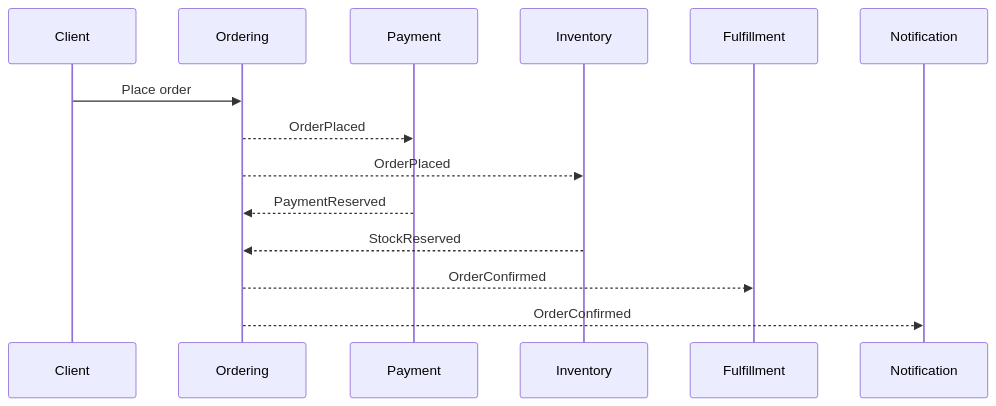
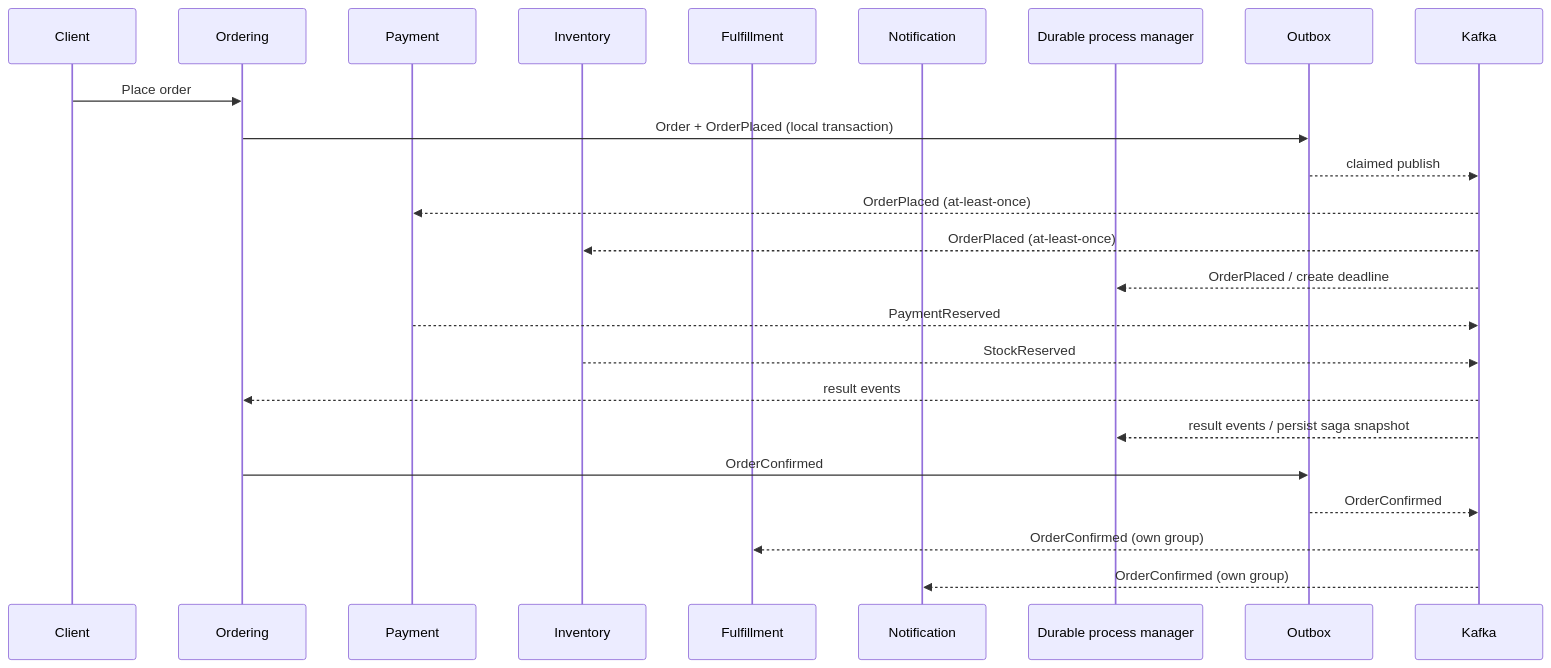
The diagram in projects/project-2/docs/diagrams/event-flow.md (KubaTworek/Software-Engineer-Roadmap), drawn with Mermaid before and after one commit. The commit also changed other lines of this file and 192 other files, not shown here.

Commit message:
feat(project-2): complete marketplace architecture and delivery labs

````diff
--- a/projects/project-2/docs/diagrams/event-flow.md
+++ b/projects/project-2/docs/diagrams/event-flow.md
@@ -3,17 +3,27 @@
 ```mermaid
 sequenceDiagram
     participant Client
     participant Ordering
     participant Payment
     participant Inventory
     participant Fulfillment
     participant Notification
+    participant Process as Durable process manager
+    participant Outbox
+    participant Kafka
 
     Client->>Ordering: Place order
-    Ordering-->>Payment: OrderPlaced
-    Ordering-->>Inventory: OrderPlaced
-    Payment-->>Ordering: PaymentReserved
-    Inventory-->>Ordering: StockReserved
-    Ordering-->>Fulfillment: OrderConfirmed
-    Ordering-->>Notification: OrderConfirmed
+    Ordering->>Outbox: Order + OrderPlaced (local transaction)
+    Outbox-->>Kafka: claimed publish
+    Kafka-->>Payment: OrderPlaced (at-least-once)
+    Kafka-->>Inventory: OrderPlaced (at-least-once)
+    Kafka-->>Process: OrderPlaced / create deadline
+    Payment-->>Kafka: PaymentReserved
+    Inventory-->>Kafka: StockReserved
+    Kafka-->>Ordering: result events
+    Kafka-->>Process: result events / persist saga snapshot
+    Ordering->>Outbox: OrderConfirmed
+    Outbox-->>Kafka: OrderConfirmed
+    Kafka-->>Fulfillment: OrderConfirmed (own group)
+    Kafka-->>Notification: OrderConfirmed (own group)
 ```
````
